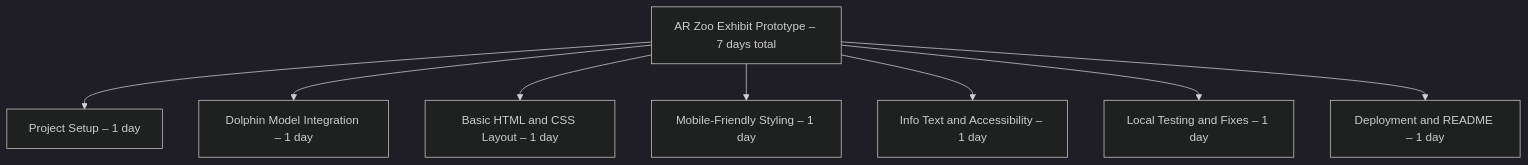
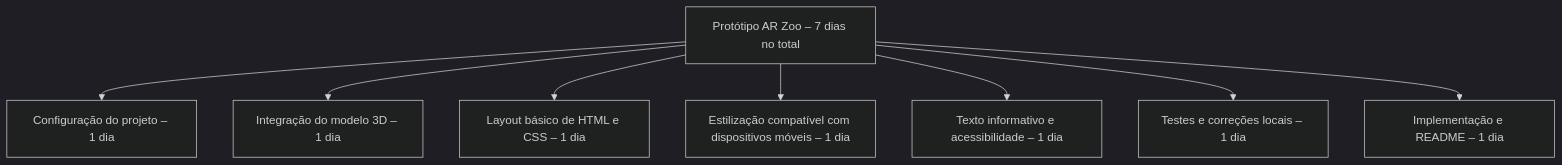
The diagram in README.md (borgeswbo/AR-Zoo), drawn with Mermaid (dark theme) before and after one commit. The commit also changed other lines of this file, not shown here.

````diff
--- a/README.md
+++ b/README.md
@@ -61,20 +62,20 @@
 ```mermaid
 graph TD
-  A[AR Zoo Exhibit Prototype – 7 days total]
+  A[Protótipo AR Zoo – 7 dias no total]
 
-  A1[Project Setup – 1 day]
-  A2[Dolphin Model Integration – 1 day]
-  A3[Basic HTML and CSS Layout – 1 day]
-  A4[Mobile-Friendly Styling – 1 day]
-  A5[Info Text and Accessibility – 1 day]
-  A6[Local Testing and Fixes – 1 day]
-  A7[Deployment and README – 1 day]
+  A1[Configuração do projeto – 1 dia]
+  A2[Integração do modelo 3D – 1 dia]
+  A3[Layout básico de HTML e CSS – 1 dia]
+  A4[Estilização compatível com dispositivos móveis – 1 dia]
+  A5[Texto informativo e acessibilidade – 1 dia]
+  A6[Testes e correções locais – 1 dia]
+  A7[Implementação e README – 1 dia]
 
   A --> A1
   A --> A2
   A --> A3
   A --> A4
   A --> A5
   A --> A6
   A --> A7
 ```
````
